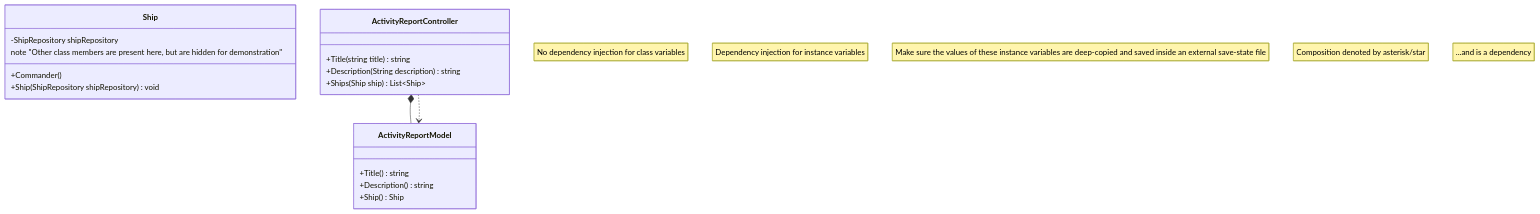
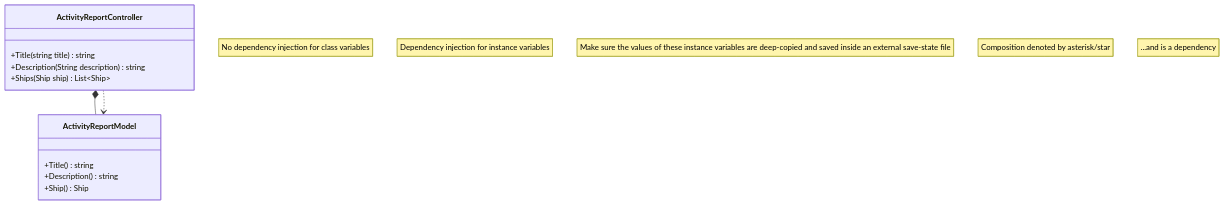
Before and after one commit to leinadalrus/TourTeam: the second of 5 diagrams in README.md, drawn with Mermaid. The commit also changed other lines of this file and 5 other files, not shown here.

````diff
--- a/README.md
+++ b/README.md
@@ -64,32 +77,23 @@
 ```Mermaid ActivityReport Class Diagram
 classDiagram
-  class Ship{
-    -ShipRepository shipRepository
-    
-    +Commander()
-    note "Other class members are present here, but are hidden for demonstration"
-    
-    +Ship(ShipRepository shipRepository) void
-  }
-
   note "No dependency injection for class variables"
   class ActivityReportModel{
     +Title() string
     +Description() string
     +Ship() Ship
   }
 
   note "Dependency injection for instance variables"
   class ActivityReportController{
     +Title(string title) string
     +Description(String description) string
     +Ships(Ship ship) List~Ship~
   }
 
   note "Make sure the values of these instance variables are deep-copied and saved inside an external save-state file"
 
   ActivityReportController *-- ActivityReportModel
   note "Composition denoted by asterisk/star"
   ActivityReportController ..> ActivityReportModel
   note "...and is a dependency"
 ```
````
